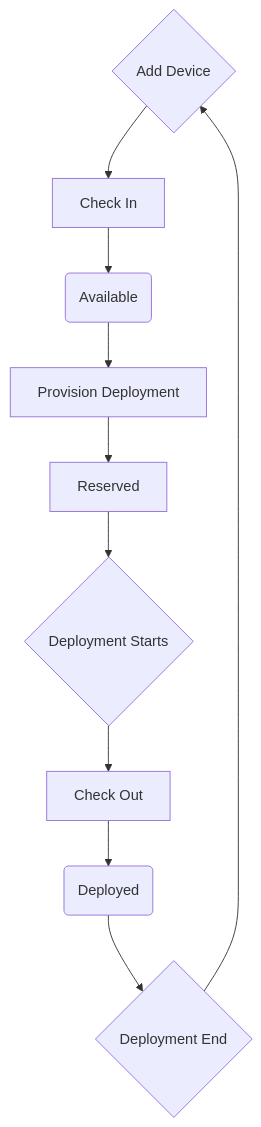
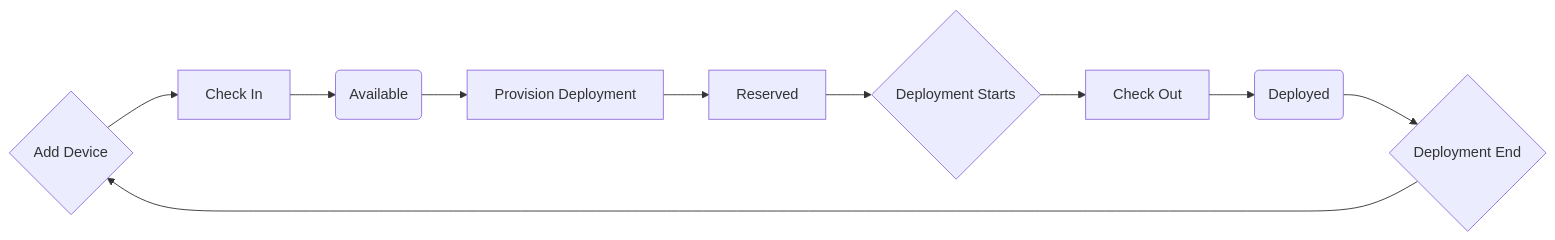
One commit to goliatone/menagerie changed the diagram in docs/device-flow.mmd. Above: the diagram before and after it, drawn with Mermaid.

Commit message:
update device flow

```diff
--- a/docs/device-flow.mmd
+++ b/docs/device-flow.mmd
@@ -1,12 +1,12 @@
 %% To build:
 %% mermaid  docs/device-flow.mmd -o docs/
-graph TB
+graph LR
     A{"Add Device"} -->B["Check In"]
     B-->C("Available")
     C-->D["Provision Deployment"]
     D-->E["Reserved"]
     E-->X{"Deployment Starts"}
     X-->F["Check Out"]
     F-->G("Deployed")
     G-->H{"Deployment End"}
     H-->A
```
